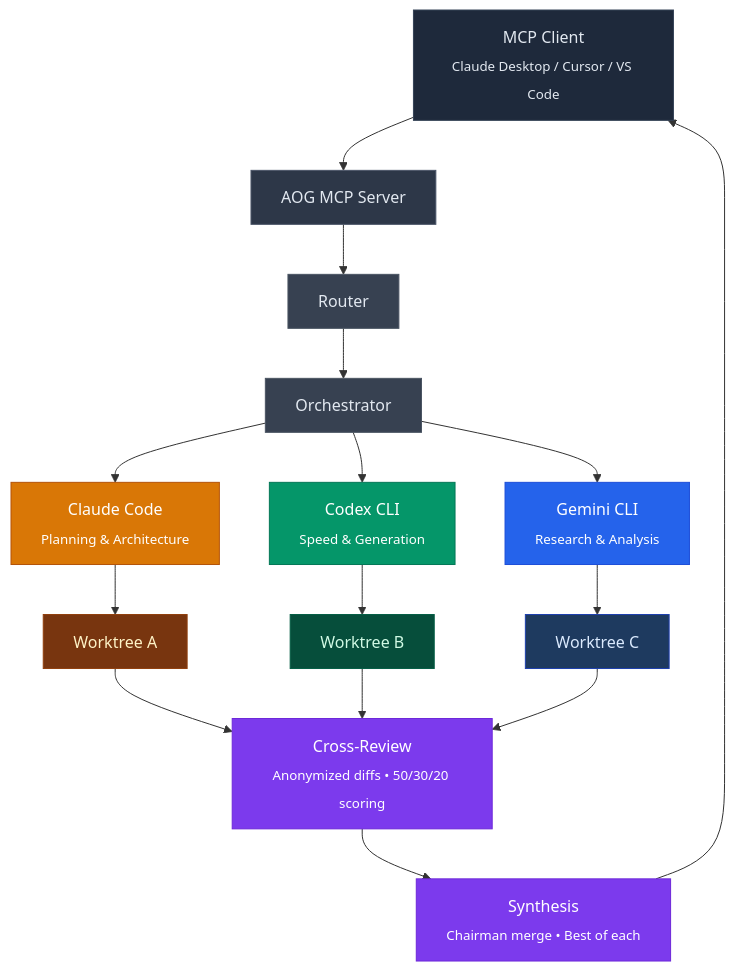
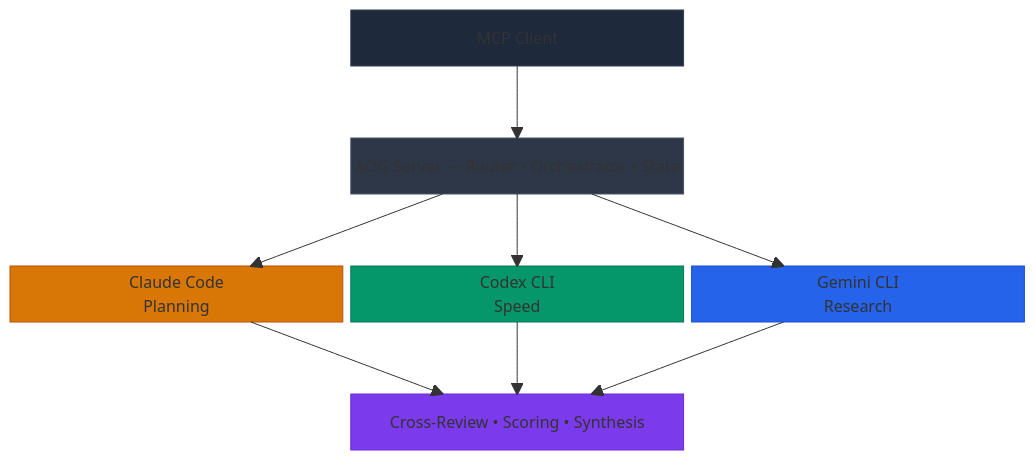
One commit to LonglifeIO/AOG changed the diagram in README.md. Above: the diagram before and after it, drawn with Mermaid. The commit also changed other lines of this file, not shown here.

First line of the commit message:
README: Simplify to single block diagram, drop per-mode charts

````diff
--- a/README.md
+++ b/README.md
@@ -9,46 +9,27 @@
 ```mermaid
-graph TB
-    Client["MCP Client<br/><sub>Claude Desktop / Cursor / VS Code</sub>"]
-    AOG["AOG MCP Server"]
-    Router["Router"]
-    Orch["Orchestrator"]
+block-beta
+  columns 3
 
-    Claude["Claude Code<br/><sub>Planning & Architecture</sub>"]
-    Codex["Codex CLI<br/><sub>Speed & Generation</sub>"]
-    Gemini["Gemini CLI<br/><sub>Research & Analysis</sub>"]
+  space Client["MCP Client"] space
+  space:3
+  space AOG["AOG Server &mdash; Router &bull; Orchestrator &bull; State"] space
+  space:3
+  Claude["Claude Code\nPlanning"] Codex["Codex CLI\nSpeed"] Gemini["Gemini CLI\nResearch"]
+  space:3
+  space Review["Cross-Review &bull; Scoring &bull; Synthesis"] space
 
-    WT1["Worktree A"]
-    WT2["Worktree B"]
-    WT3["Worktree C"]
+  Client --> AOG
+  AOG --> Claude
+  AOG --> Codex
+  AOG --> Gemini
+  Claude --> Review
+  Codex --> Review
+  Gemini --> Review
 
-    Review["Cross-Review<br/><sub>Anonymized diffs &bull; 50/30/20 scoring</sub>"]
-    Synth["Synthesis<br/><sub>Chairman merge &bull; Best of each</sub>"]
-
-    Client --> AOG
-    AOG --> Router
-    Router --> Orch
-    Orch --> Claude
-    Orch --> Codex
-    Orch --> Gemini
-    Claude --> WT1
-    Codex --> WT2
-    Gemini --> WT3
-    WT1 --> Review
-    WT2 --> Review
-    WT3 --> Review
-    Review --> Synth
-    Synth --> Client
-
-    style AOG fill:#2d3748,stroke:#4a5568,color:#e2e8f0
-    style Claude fill:#d97706,stroke:#b45309,color:#fff
-    style Codex fill:#059669,stroke:#047857,color:#fff
-    style Gemini fill:#2563eb,stroke:#1d4ed8,color:#fff
-    style Review fill:#7c3aed,stroke:#6d28d9,color:#fff
-    style Synth fill:#7c3aed,stroke:#6d28d9,color:#fff
-    style Client fill:#1e293b,stroke:#334155,color:#e2e8f0
-    style Router fill:#374151,stroke:#4b5563,color:#e2e8f0
-    style Orch fill:#374151,stroke:#4b5563,color:#e2e8f0
-    style WT1 fill:#78350f,stroke:#92400e,color:#fef3c7
-    style WT2 fill:#064e3b,stroke:#065f46,color:#d1fae5
-    style WT3 fill:#1e3a5f,stroke:#1e40af,color:#dbeafe
+  style Client fill:#1e293b,stroke:#334155,color:#e2e8f0
+  style AOG fill:#2d3748,stroke:#4a5568,color:#e2e8f0
+  style Claude fill:#d97706,stroke:#b45309,color:#fff
+  style Codex fill:#059669,stroke:#047857,color:#fff
+  style Gemini fill:#2563eb,stroke:#1d4ed8,color:#fff
+  style Review fill:#7c3aed,stroke:#6d28d9,color:#fff
 ```
````
